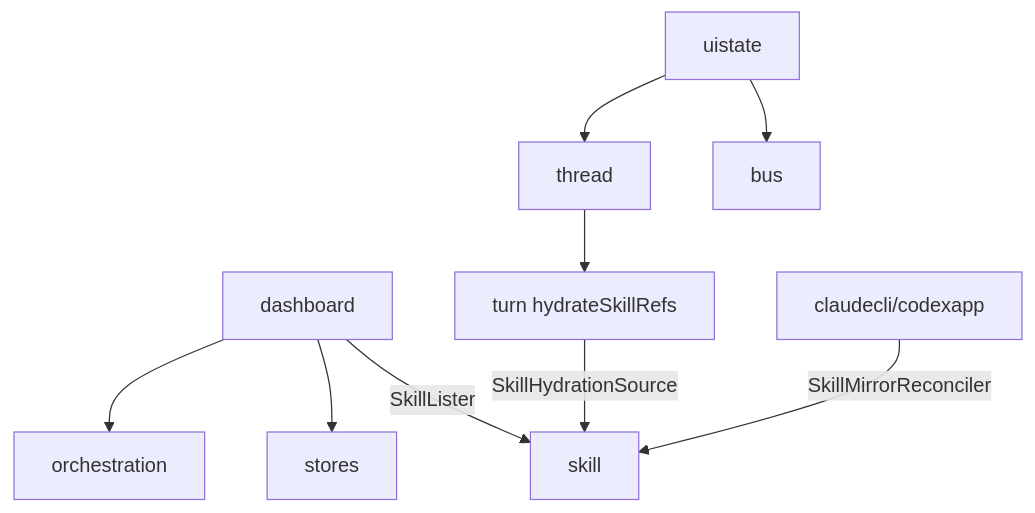
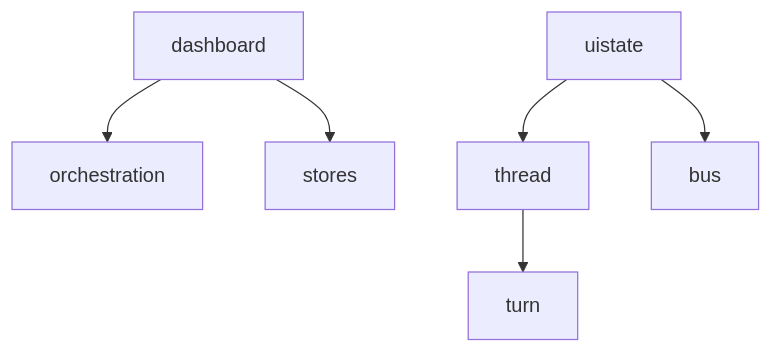
One commit to lihah111222333-cloud/Super-Dolphin-Agent-Cockpit changed the second of 5 diagrams in docs/doc/codemap/07-module-read.md. Above: the diagram before and after it, drawn with Mermaid. The commit also changed other lines of this file and 780 other files, not shown here.

````diff
--- a/docs/doc/codemap/07-module-read.md
+++ b/docs/doc/codemap/07-module-read.md
@@ -43,11 +38,8 @@
 ```mermaid
 graph TD
   dash[dashboard] --> orch[orchestration]
   dash --> stores[stores]
-  dash -->|SkillLister| skill[skill]
-  turn[turn hydrateSkillRefs] -->|SkillHydrationSource| skill
-  provider[claudecli/codexapp] -->|SkillMirrorReconciler| skill
   thread[thread] --> turn
   uistate[uistate] --> thread
   uistate --> bus[bus]
 ```
````
